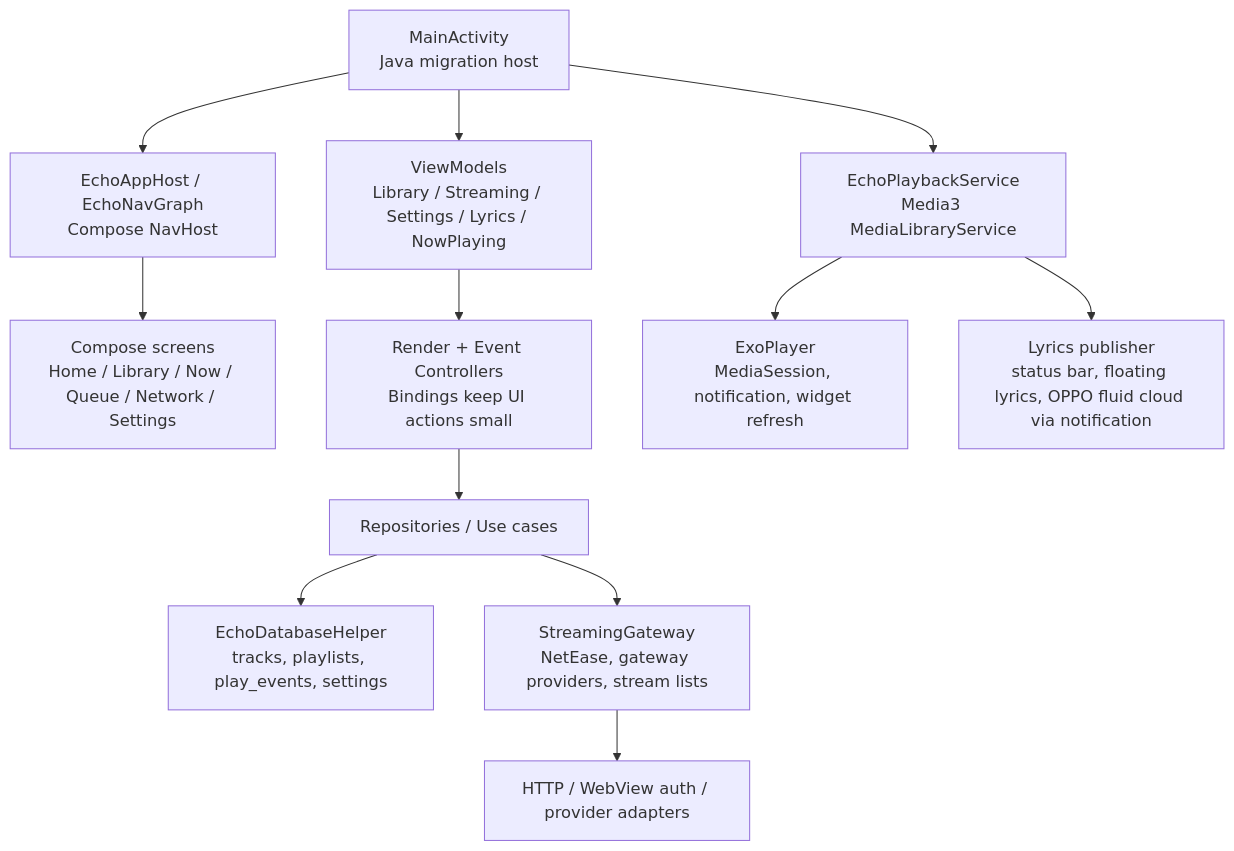
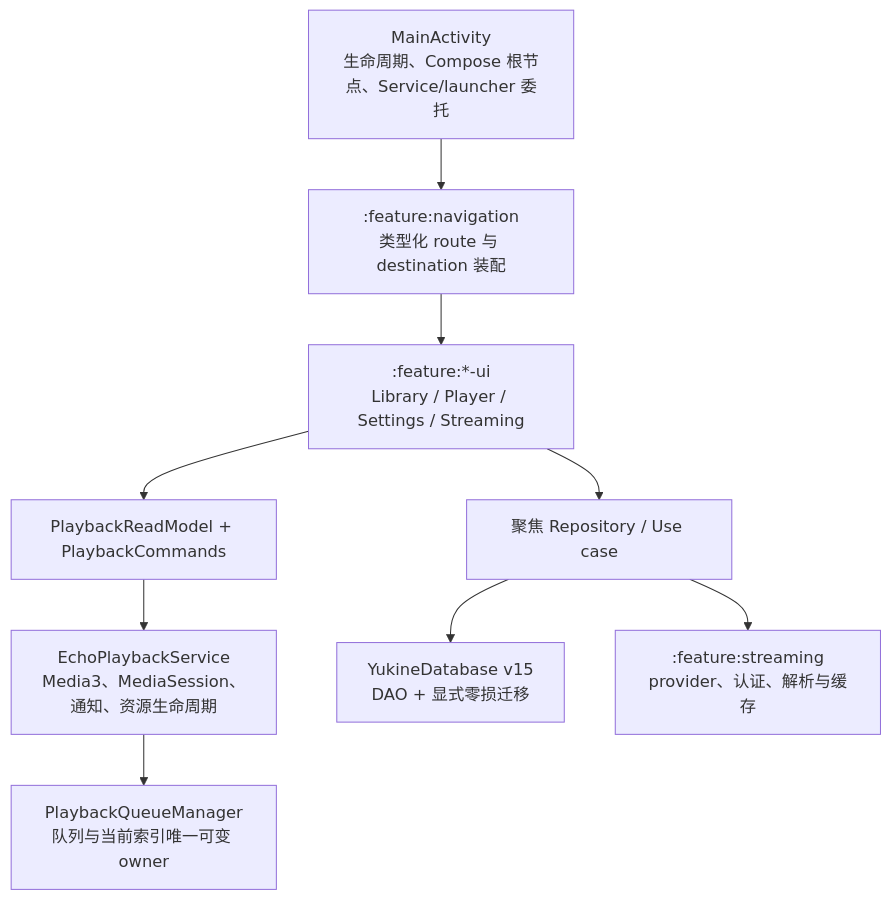
Before and after one commit to ysyhlly/Yukine-android: the first of 2 diagrams in README.md, drawn with Mermaid. The commit also changed other lines of this file and 502 other files, not shown here.

First line of the commit message:
Eliminate Android architecture debt and prepare 0.2.0 RC (#7)

````diff
--- a/README.md
+++ b/README.md
@@ -35,14 +35,11 @@
 ```mermaid
 flowchart TD
-    Activity["MainActivity\nJava migration host"] --> Nav["EchoAppHost / EchoNavGraph\nCompose NavHost"]
-    Nav --> Screens["Compose screens\nHome / Library / Now / Queue / Network / Settings"]
-    Activity --> VM["ViewModels\nLibrary / Streaming / Settings / Lyrics / NowPlaying"]
-    VM --> Controllers["Render + Event Controllers\nBindings keep UI actions small"]
-    Controllers --> Repo["Repositories / Use cases"]
-    Repo --> DB["EchoDatabaseHelper\ntracks, playlists, play_events, settings"]
-    Activity --> Service["EchoPlaybackService\nMedia3 MediaLibraryService"]
-    Service --> Exo["ExoPlayer\nMediaSession, notification, widget refresh"]
-    Service --> Lyrics["Lyrics publisher\nstatus bar, floating lyrics, OPPO fluid cloud via notification"]
-    Repo --> Streaming["StreamingGateway\nNetEase, gateway providers, stream lists"]
-    Streaming --> Network["HTTP / WebView auth / provider adapters"]
+    Activity["MainActivity\n生命周期、Compose 根节点、Service/launcher 委托"] --> Nav[":feature:navigation\n类型化 route 与 destination 装配"]
+    Nav --> Features[":feature:*‑ui\nLibrary / Player / Settings / Streaming"]
+    Features --> ReadModel["PlaybackReadModel + PlaybackCommands"]
+    ReadModel --> Service["EchoPlaybackService\nMedia3、MediaSession、通知、资源生命周期"]
+    Service --> Queue["PlaybackQueueManager\n队列与当前索引唯一可变 owner"]
+    Features --> Repositories["聚焦 Repository / Use case"]
+    Repositories --> Room["YukineDatabase v15\nDAO + 显式零损迁移"]
+    Repositories --> Streaming[":feature:streaming\nprovider、认证、解析与缓存"]
 ```
````
